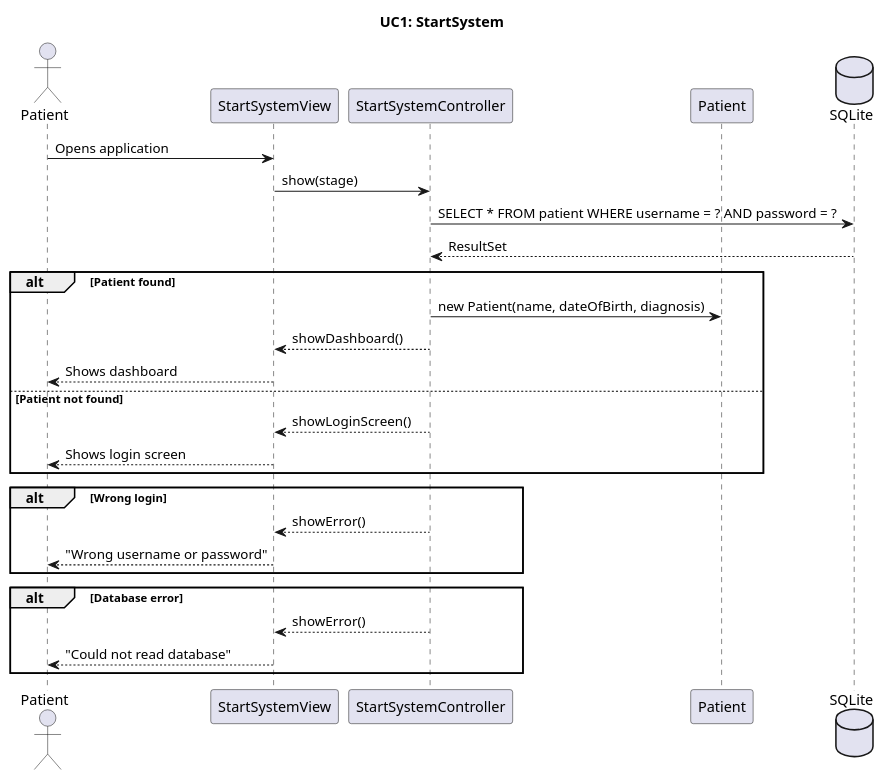
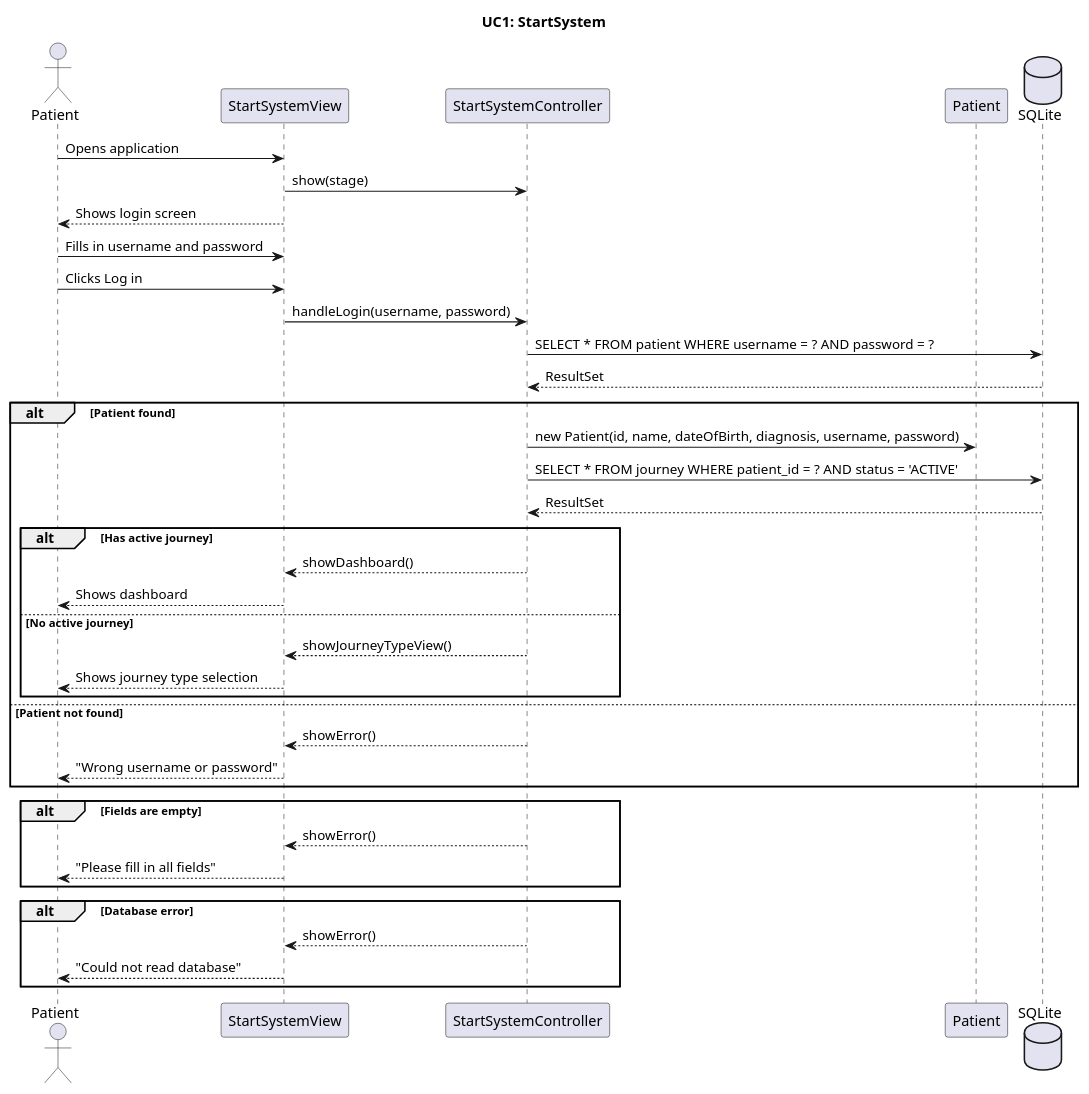
Before and after one commit to BesimaP/SP4---MiniSP: the diagram in doc/dynamic/UC1 - StartSystemController.puml, drawn with PlantUML. The commit also changed 4 other files, not shown here.

```diff
--- a/doc/dynamic/UC1 - StartSystemController.puml
+++ b/doc/dynamic/UC1 - StartSystemController.puml
@@ -1,36 +1,50 @@
 @startuml
 !pragma layout smetana
 
 title UC1: StartSystem
 
 actor "Patient" as u
 participant "StartSystemView" as v
 participant "StartSystemController" as c
 participant "Patient" as m
 database "SQLite" as db
 
 u -> v : Opens application
 v -> c : show(stage)
+v --> u : Shows login screen
+
+u -> v : Fills in username and password
+u -> v : Clicks Log in
+v -> c : handleLogin(username, password)
 c -> db : SELECT * FROM patient WHERE username = ? AND password = ?
 db --> c : ResultSet
 
 alt Patient found
-  c -> m : new Patient(name, dateOfBirth, diagnosis)
-  c --> v : showDashboard()
-  v --> u : Shows dashboard
+  c -> m : new Patient(id, name, dateOfBirth, diagnosis, username, password)
+  c -> db : SELECT * FROM journey WHERE patient_id = ? AND status = 'ACTIVE'
+  db --> c : ResultSet
+
+  alt Has active journey
+    c --> v : showDashboard()
+    v --> u : Shows dashboard
+  else No active journey
+    c --> v : showJourneyTypeView()
+    v --> u : Shows journey type selection
+  end
+
 else Patient not found
-  c --> v : showLoginScreen()
-  v --> u : Shows login screen
+  c --> v : showError()
+  v --> u : "Wrong username or password"
 end
 
-alt Wrong login
+alt Fields are empty
   c --> v : showError()
-  v --> u : "Wrong username or password"
+  v --> u : "Please fill in all fields"
 end
 
 alt Database error
   c --> v : showError()
   v --> u : "Could not read database"
 end
 
 @enduml
```
